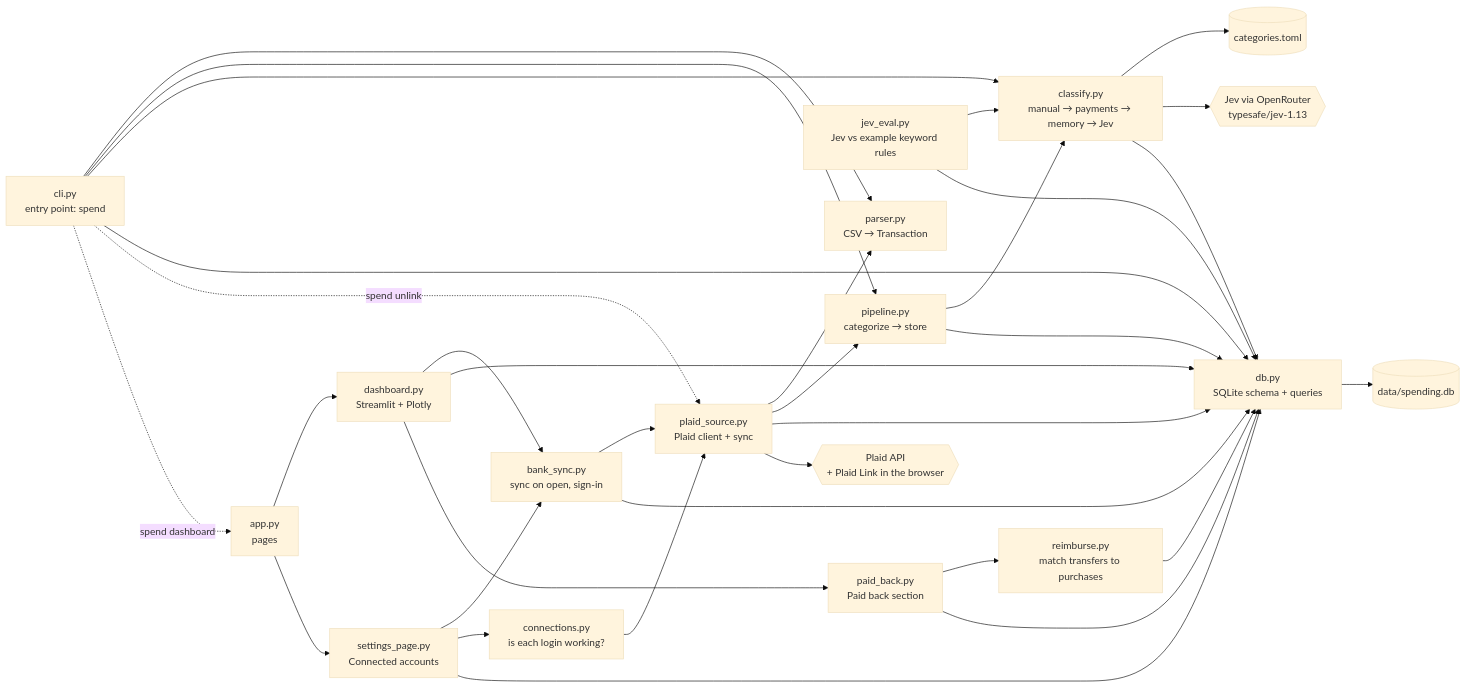
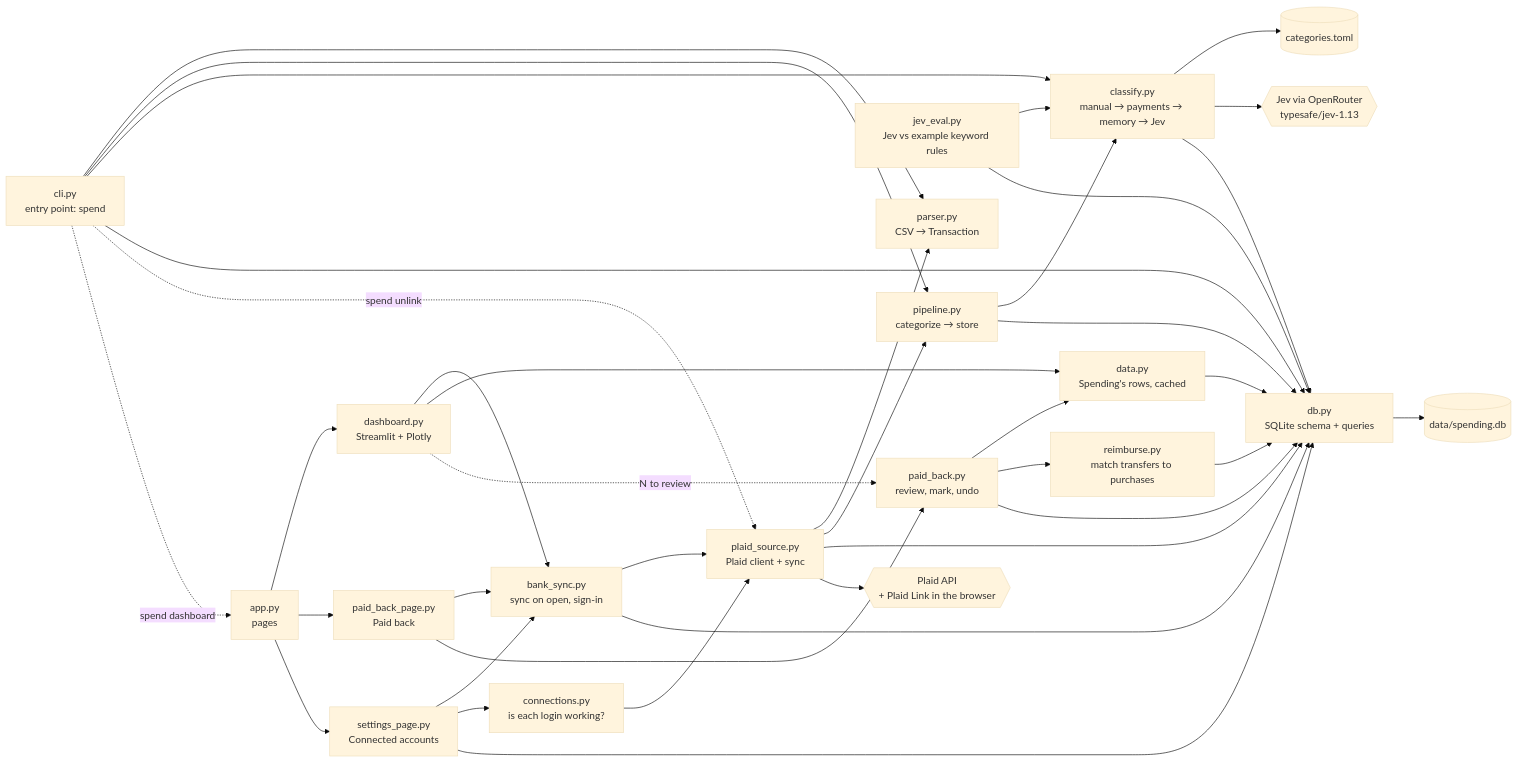
One commit to alessandrofelici/spending-tracker changed the second of 4 diagrams in CONTRIBUTING.md. Above: the diagram before and after it, drawn with Mermaid (base theme). The commit also changed other lines of this file and 1 other file, not shown here.

Commit message:
docs: describe the Paid back page
README's "Purchases you were paid back for" now follows the page:
picking another purchase, Hidden and Show again, On the way, marking
any month by hand with an optional Zelle payment, and Paid back so far
with its filters and Undo all. CONTRIBUTING lists the new modules,
the pending_incoming table and the page in the diagrams.

````diff
--- a/CONTRIBUTING.md
+++ b/CONTRIBUTING.md
@@ -134,54 +136,61 @@
 ```mermaid
 flowchart LR
     cli["cli.py<br/>entry point: spend"]
     parser["parser.py<br/>CSV → Transaction"]
     classify["classify.py<br/>manual → payments → memory → Jev"]
     db["db.py<br/>SQLite schema + queries"]
     app["app.py<br/>pages"]
     dash["dashboard.py<br/>Streamlit + Plotly"]
     settings["settings_page.py<br/>Connected accounts"]
+    pbpage["paid_back_page.py<br/>Paid back"]
+    data["data.py<br/>Spending's rows, cached"]
     conns["connections.py<br/>is each login working?"]
     jeval["jev_eval.py<br/>Jev vs example keyword rules"]
     pipeline["pipeline.py<br/>categorize → store"]
     banksync["bank_sync.py<br/>sync on open, sign-in"]
     plaidsrc["plaid_source.py<br/>Plaid client + sync"]
-    paidback["paid_back.py<br/>Paid back section"]
+    paidback["paid_back.py<br/>review, mark, undo"]
     reimb["reimburse.py<br/>match transfers to purchases"]
     toml[("categories.toml")]
     sqlite[("data/spending.db")]
     llm{{"Jev via OpenRouter<br/>typesafe/jev-1.13"}}
     plaid{{"Plaid API<br/>+ Plaid Link in the browser"}}
 
     cli --> parser
     cli --> pipeline
     cli --> classify
     cli --> db
     cli -. "spend unlink" .-> plaidsrc
     cli -. "spend dashboard" .-> app
     app --> dash
+    app --> pbpage
     app --> settings
     pipeline --> classify
     pipeline --> db
     classify --> toml
     classify --> llm
     classify --> db
     dash --> banksync
     settings --> banksync
     settings --> conns
     settings --> db
     conns --> plaidsrc
-    dash --> db
-    dash --> paidback
+    dash --> data
+    data --> db
+    dash -. "N to review" .-> paidback
+    pbpage --> banksync
+    pbpage --> paidback
+    paidback --> data
     paidback --> reimb
     paidback --> db
     reimb --> db
     banksync --> plaidsrc
     banksync --> db
     plaidsrc --> parser
     plaidsrc --> pipeline
     plaidsrc --> db
     plaidsrc --> plaid
     jeval --> classify
     jeval --> db
     db --> sqlite
 ```
````
